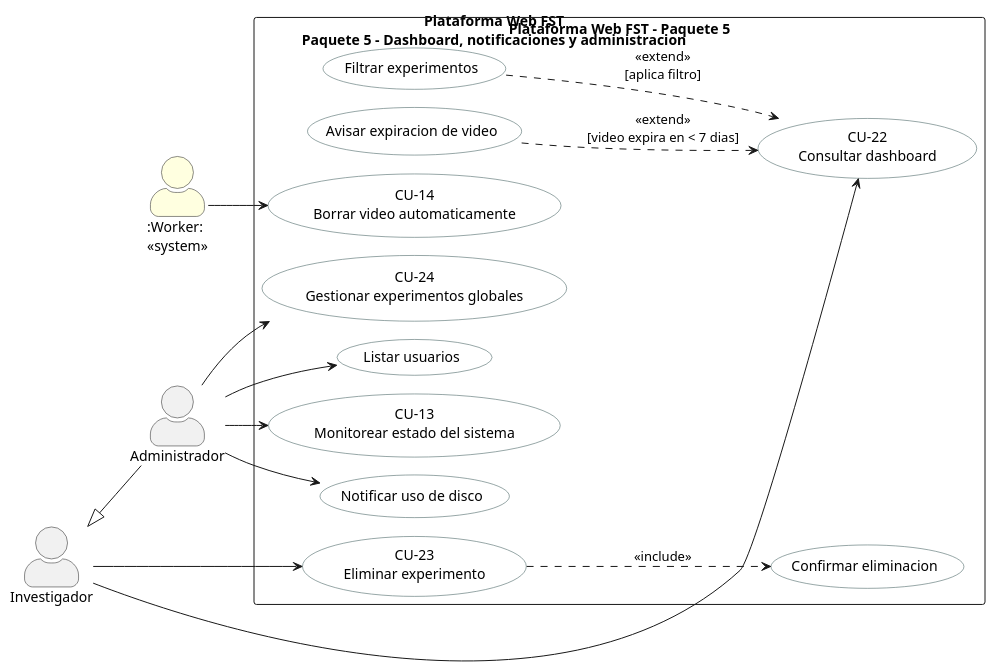
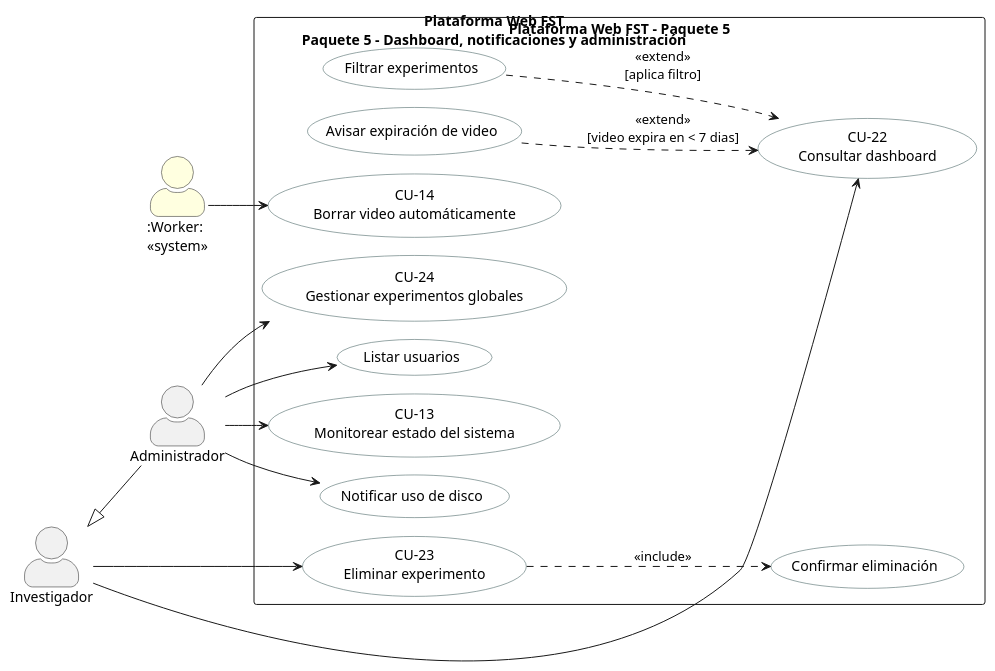
Before and after one commit to ErickJester/fst-ai-system-latex: the diagram in diagramas/puml/cu_paquete5.puml, drawn with PlantUML. The commit also changed 25 other files, not shown here.

```diff
--- a/diagramas/puml/cu_paquete5.puml
+++ b/diagramas/puml/cu_paquete5.puml
@@ -1,37 +1,37 @@
 @startuml
 !pragma layout smetana
-title Plataforma Web FST\nPaquete 5 - Dashboard, notificaciones y administracion
+title Plataforma Web FST\nPaquete 5 - Dashboard, notificaciones y administración
 left to right direction
 skinparam packageStyle rectangle
 skinparam actorStyle awesome
 skinparam usecase {
   BackgroundColor White
   BorderColor DarkSlateGray
 }
 actor "Investigador" as INV
 actor "Administrador" as ADMIN
 actor ":Worker:\n<<system>>" as WRK #LightYellow
 INV <|-- ADMIN
 rectangle "Plataforma Web FST - Paquete 5" {
   usecase "CU-22\nConsultar dashboard" as CU22
   usecase "Filtrar experimentos" as UC51a
-  usecase "Avisar expiracion de video" as UC52
+  usecase "Avisar expiración de video" as UC52
   usecase "CU-23\nEliminar experimento" as CU23
-  usecase "Confirmar eliminacion" as UC53a
-  usecase "CU-14\nBorrar video automaticamente" as CU14
+  usecase "Confirmar eliminación" as UC53a
+  usecase "CU-14\nBorrar video automáticamente" as CU14
   usecase "Listar usuarios" as UC56
   usecase "CU-13\nMonitorear estado del sistema" as CU13
   usecase "Notificar uso de disco" as UC57a
   usecase "CU-24\nGestionar experimentos globales" as CU24
 }
 INV --> CU22
 INV --> CU23
 ADMIN --> UC56
 ADMIN --> CU13
 ADMIN --> UC57a
 ADMIN --> CU24
 WRK --> CU14
 UC52 ..> CU22 : <<extend>>\n[video expira en < 7 dias]
 UC51a ..> CU22 : <<extend>>\n[aplica filtro]
 CU23 ..> UC53a : <<include>>
 @enduml
```
